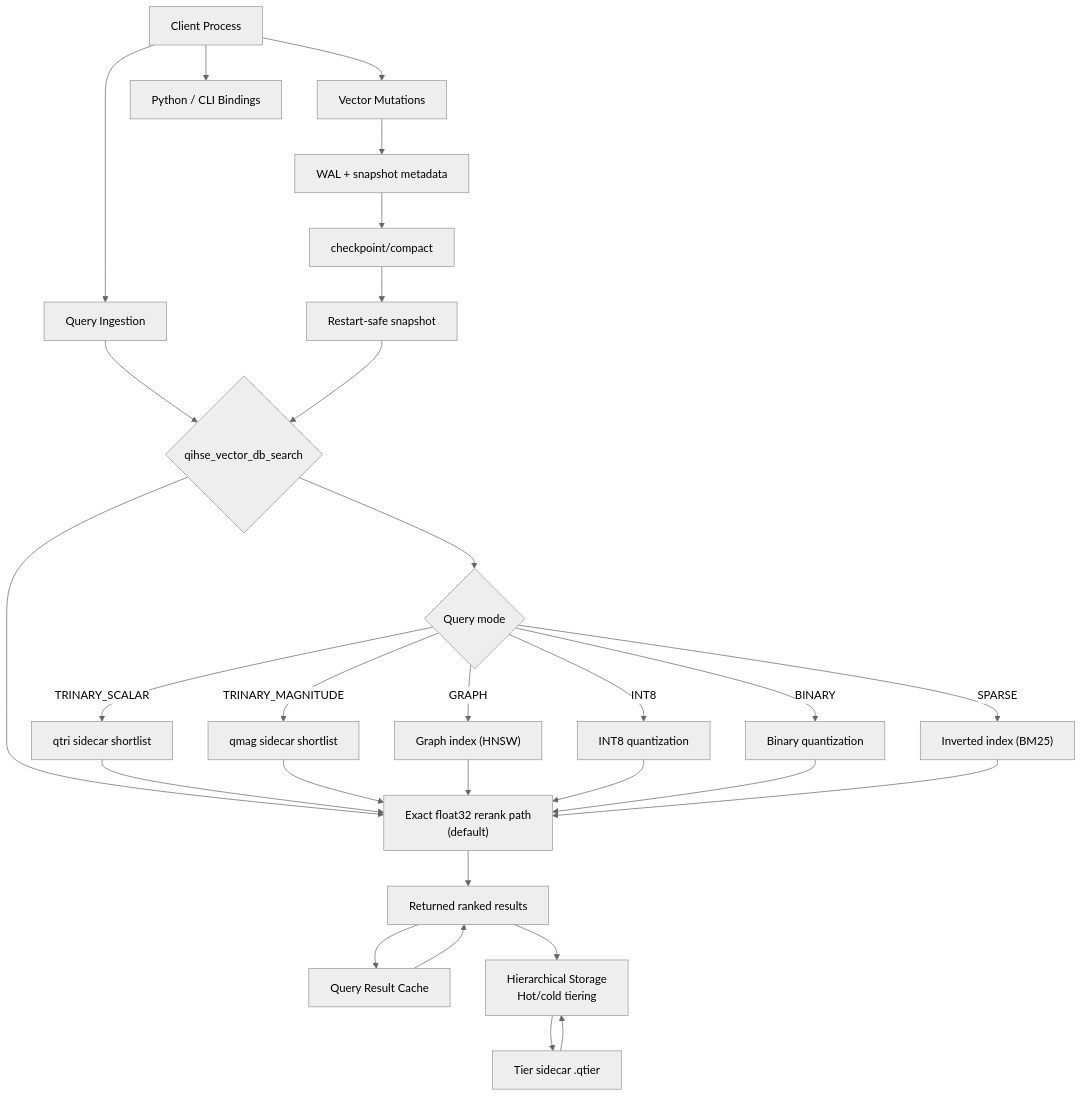
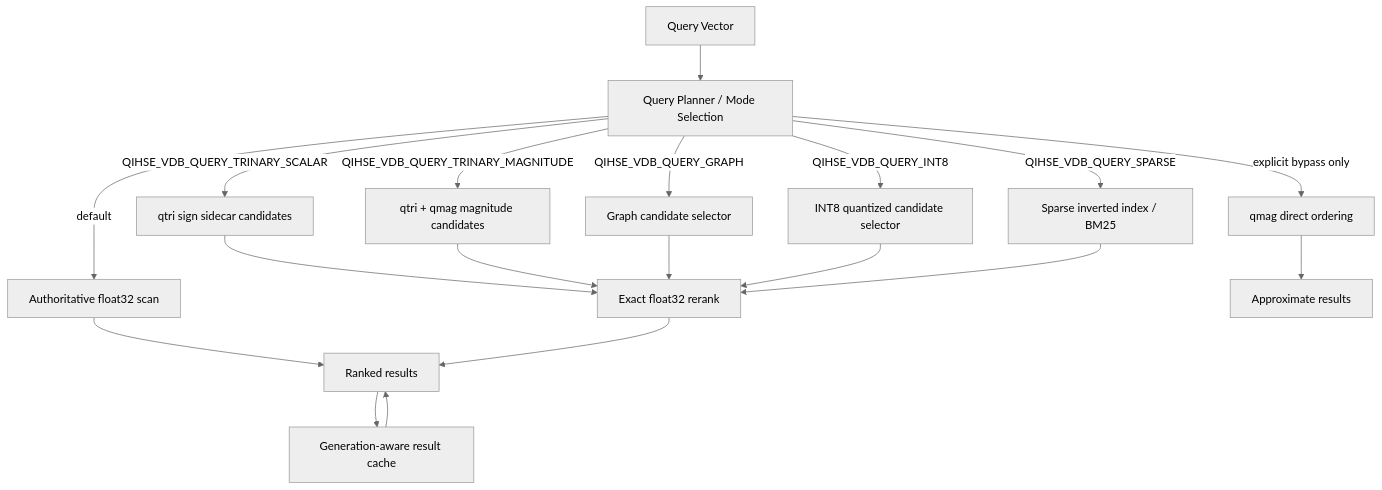
One commit to SWORDIntel/QIHSE changed the first of 3 diagrams in README.md. Above: the diagram before and after it, drawn with Mermaid (neutral theme). The commit also changed other lines of this file, not shown here.

````diff
--- a/README.md
+++ b/README.md
@@ -113,31 +60,25 @@
 ```mermaid
 flowchart TB
-    A[Client Process] --> B[Query Ingestion]
-    A --> C[Vector Mutations]
-    A --> P[Python / CLI Bindings]
-    B --> D{qihse_vector_db_search}
-    D --> E["Exact float32 rerank path<br/>(default)"]
-    D --> F{Query mode}
-    F -->|TRINARY_SCALAR| G["qtri sidecar shortlist"]
-    F -->|TRINARY_MAGNITUDE| H["qmag sidecar shortlist"]
-    F -->|GRAPH| X["Graph index (HNSW)"]
-    F -->|INT8| Y["INT8 quantization"]
-    F -->|BINARY| Z["Binary quantization"]
-    F -->|SPARSE| W["Inverted index (BM25)"]
-    G --> E
-    H --> E
-    X --> E
-    Y --> E
-    Z --> E
-    W --> E
-    E --> I["Returned ranked results"]
-    I --> Q[Query Result Cache]
-    Q --> I
-    I --> T[Hierarchical Storage<br/>Hot/cold tiering]
-    T --> S[Tier sidecar .qtier]
-    S --> T
-    C --> J["WAL + snapshot metadata"]
-    J --> K["checkpoint/compact"]
-    K --> L["Restart-safe snapshot"]
-    L --> D
+    Q[Query Vector] --> P[Query Planner / Mode Selection]
+
+    P -->|default| F32[Authoritative float32 scan]
+    P -->|QIHSE_VDB_QUERY_TRINARY_SCALAR| QTRI[qtri sign sidecar candidates]
+    P -->|QIHSE_VDB_QUERY_TRINARY_MAGNITUDE| QMAG[qtri + qmag magnitude candidates]
+    P -->|QIHSE_VDB_QUERY_GRAPH| GRAPH[Graph candidate selector]
+    P -->|QIHSE_VDB_QUERY_INT8| INT8[INT8 quantized candidate selector]
+    P -->|QIHSE_VDB_QUERY_SPARSE| SPARSE[Sparse inverted index / BM25]
+
+    QTRI --> RERANK[Exact float32 rerank]
+    QMAG --> RERANK
+    GRAPH --> RERANK
+    INT8 --> RERANK
+    SPARSE --> RERANK
+    F32 --> RESULTS[Ranked results]
+    RERANK --> RESULTS
+
+    P -->|explicit bypass only| BYPASS[qmag direct ordering]
+    BYPASS --> APPROX[Approximate results]
+
+    RESULTS --> CACHE[Generation-aware result cache]
+    CACHE --> RESULTS
 ```
````
